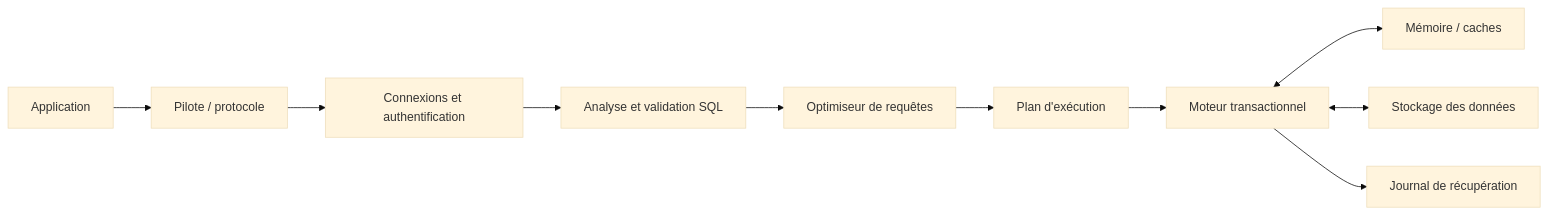
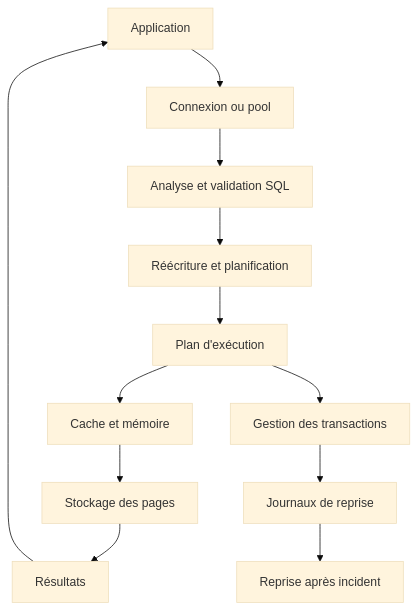
One commit to biggyseven/Skill-Tree changed the first of 3 diagrams in content/lessons/data-dba-role-intermediaire.md. Above: the diagram before and after it, drawn with Mermaid (base theme). The commit also changed other lines of this file, not shown here.

Commit message:
content(data): complete DBA architecture lesson

```diff
--- a/content/lessons/data-dba-role-intermediaire.md
+++ b/content/lessons/data-dba-role-intermediaire.md
@@ -76,12 +35,14 @@
 ~~~mermaid
-flowchart LR
-    A["Application"] --> B["Pilote / protocole"]
-    B --> C["Connexions et authentification"]
-    C --> D["Analyse et validation SQL"]
-    D --> E["Optimiseur de requêtes"]
-    E --> F["Plan d'exécution"]
-    F --> G["Moteur transactionnel"]
-    G <--> H["Mémoire / caches"]
-    G <--> I["Stockage des données"]
-    G --> J["Journal de récupération"]
+flowchart TD
+    A[Application] --> B[Connexion ou pool]
+    B --> C[Analyse et validation SQL]
+    C --> D[Réécriture et planification]
+    D --> E[Plan d'exécution]
+    E --> F[Cache et mémoire]
+    E --> G[Gestion des transactions]
+    F --> H[Stockage des pages]
+    G --> I[Journaux de reprise]
+    H --> J[Résultats]
+    I --> K[Reprise après incident]
+    J --> A
 ~~~
```
